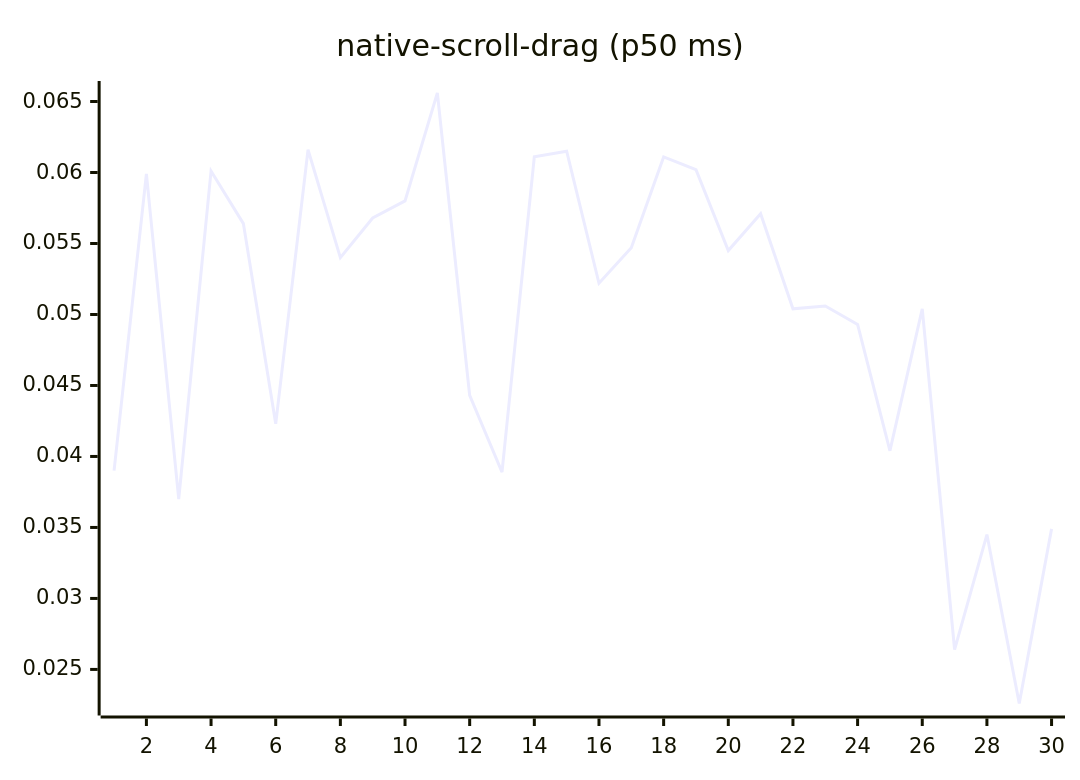
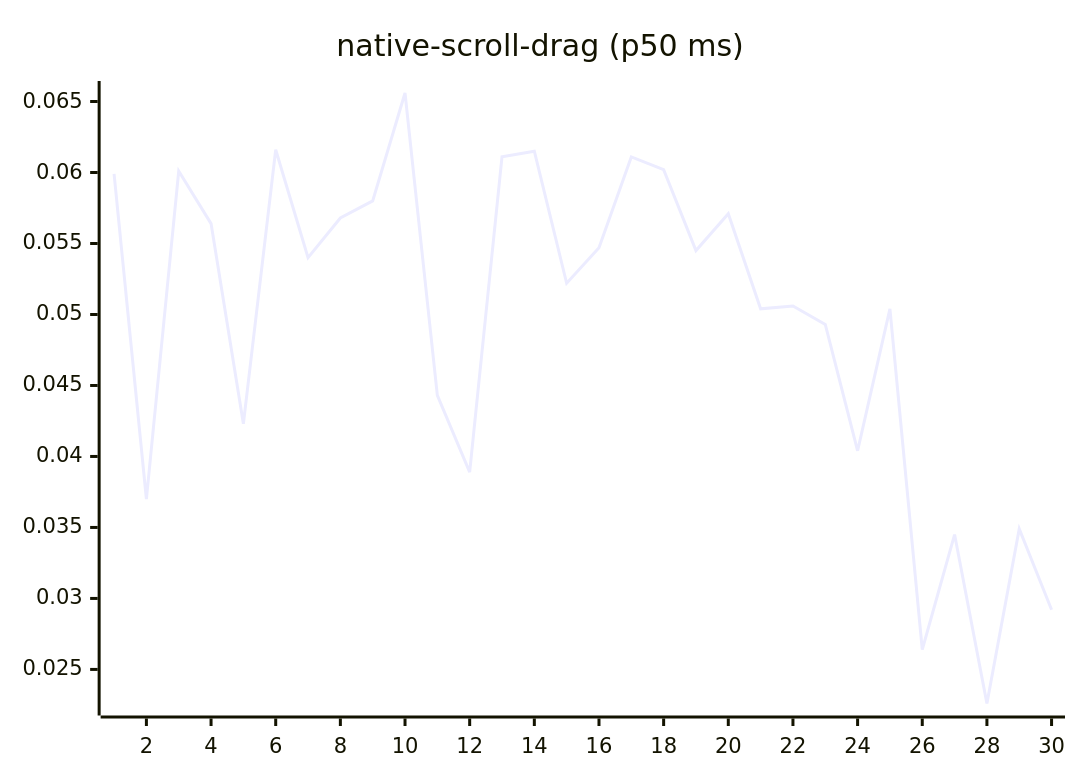
Before and after one commit to josha/Facet: diagram 14 of 27 in README.md, drawn with Mermaid. The commit also changed other lines of this file and 2 other files, not shown here.

````diff
--- a/README.md
+++ b/README.md
@@ -154,6 +154,6 @@
 ```mermaid
 xychart-beta
     title "native-scroll-drag (p50 ms)"
     x-axis 1 --> 30
-    line [0.0390, 0.0599, 0.0370, 0.0601, 0.0564, 0.0423, 0.0616, 0.0540, 0.0568, 0.0580, 0.0656, 0.0443, 0.0389, 0.0611, 0.0615, 0.0522, 0.0547, 0.0611, 0.0602, 0.0545, 0.0571, 0.0504, 0.0506, 0.0493, 0.0404, 0.0504, 0.0264, 0.0345, 0.0226, 0.0349]
+    line [0.0599, 0.0370, 0.0601, 0.0564, 0.0423, 0.0616, 0.0540, 0.0568, 0.0580, 0.0656, 0.0443, 0.0389, 0.0611, 0.0615, 0.0522, 0.0547, 0.0611, 0.0602, 0.0545, 0.0571, 0.0504, 0.0506, 0.0493, 0.0404, 0.0504, 0.0264, 0.0345, 0.0226, 0.0349, 0.0292]
 ```
````
